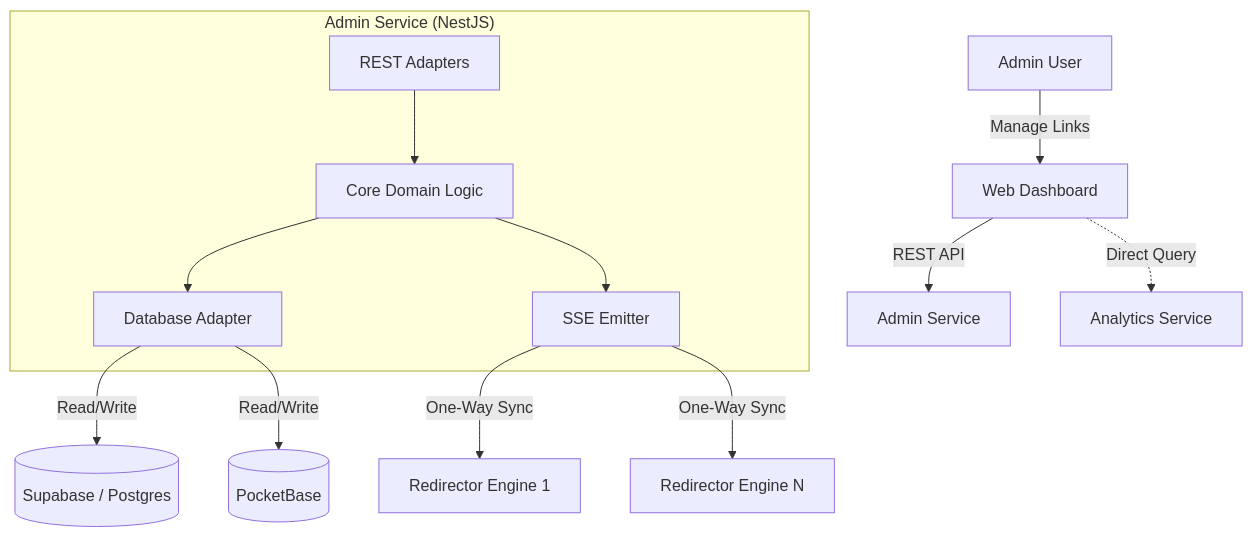
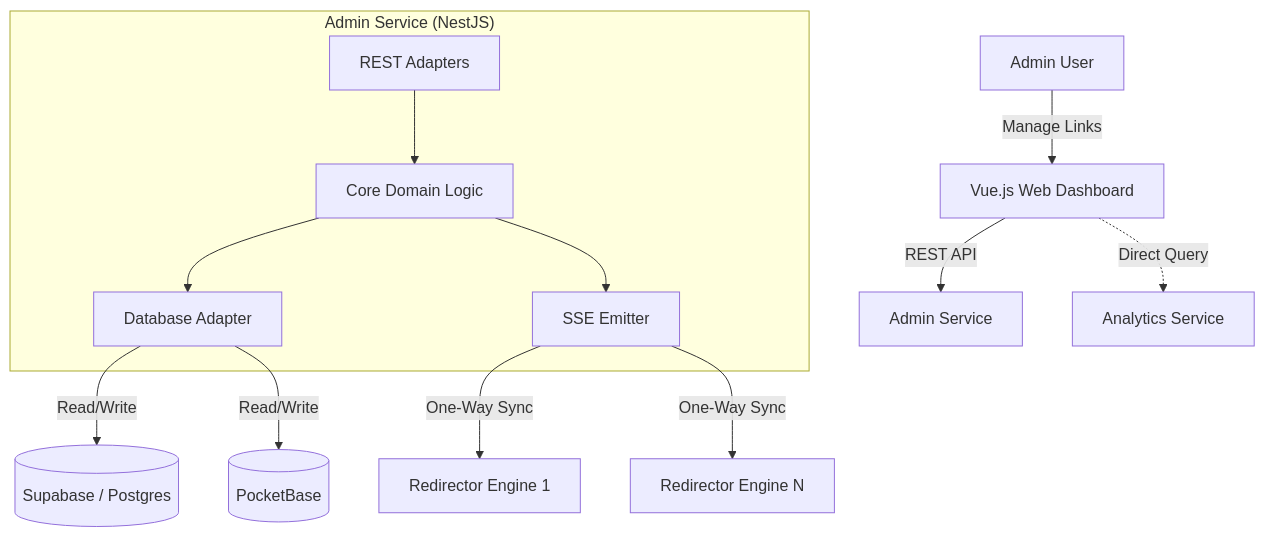
One commit to MikBin/url-redir-short changed the diagram in admin-service/architecture.md. Above: the diagram before and after it, drawn with Mermaid. The commit also changed other lines of this file and 1 other file, not shown here.

First line of the commit message:
Update admin service architectures to include Vue/Nuxt GUI details

````diff
--- a/admin-service/architecture.md
+++ b/admin-service/architecture.md
@@ -16,24 +16,24 @@
 ```mermaid
 graph TD
-    Admin[Admin User] -->|Manage Links| UI[Web Dashboard]
+    Admin[Admin User] -->|Manage Links| UI[Vue.js Web Dashboard]
     UI -->|REST API| AdminService[Admin Service]
 
     subgraph "Admin Service (NestJS)"
         Core[Core Domain Logic]
         API[REST Adapters]
         DB_Adapter[Database Adapter]
         SSE[SSE Emitter]
     end
 
     API --> Core
     Core --> DB_Adapter
     Core --> SSE
 
     DB_Adapter -->|Read/Write| Supabase[(Supabase / Postgres)]
     DB_Adapter -->|Read/Write| PocketBase[(PocketBase)]
 
     SSE -->|One-Way Sync| Edge1[Redirector Engine 1]
     SSE -->|One-Way Sync| EdgeN[Redirector Engine N]
 
     UI -.->|Direct Query| Analytics[Analytics Service]
 ```
````
